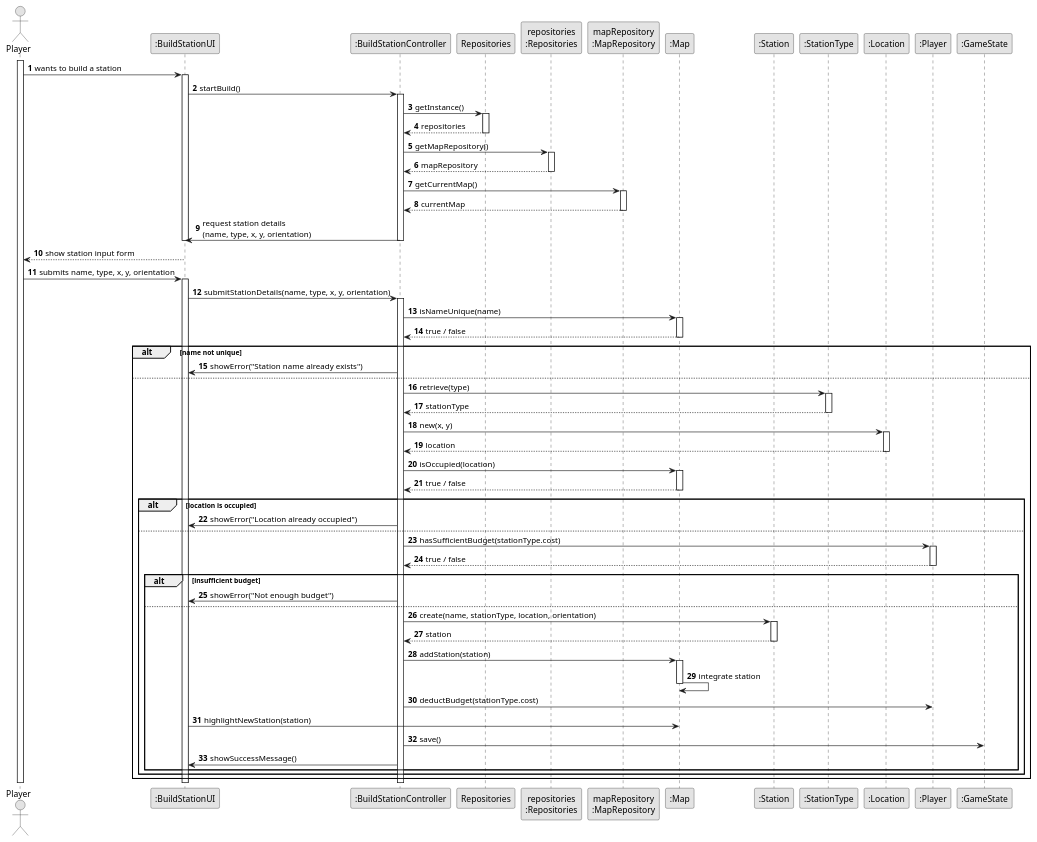
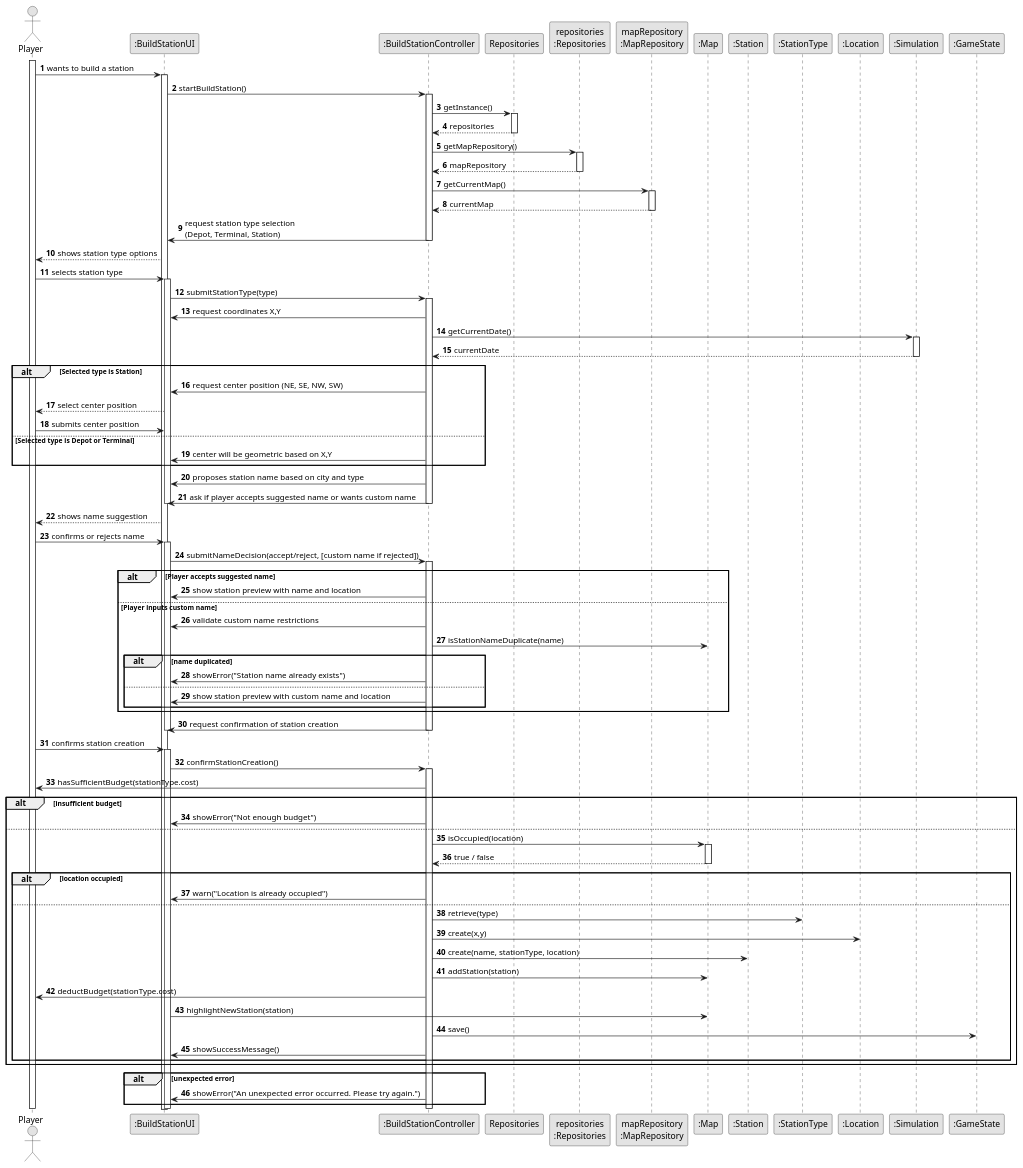
The diagram in docs/system-documentation/US005/03.design/puml/US005-SD-full.puml (1240826/empire-on-tracks), drawn with PlantUML before and after one commit.

```diff
--- a/docs/system-documentation/US005/03.design/puml/US005-SD-full.puml
+++ b/docs/system-documentation/US005/03.design/puml/US005-SD-full.puml
@@ -1,113 +1,138 @@
 @startuml
 skinparam monochrome true
 skinparam packageStyle rectangle
 skinparam shadowing false
 
 autonumber
 
 actor "Player" as Player
 participant ":BuildStationUI" as UI
 participant ":BuildStationController" as Controller
 participant "Repositories" as REPOS
 participant "repositories\n:Repositories" as REPOS_SINGLETON
 participant "mapRepository\n:MapRepository" as MAP_REPO
 participant ":Map" as Map
 participant ":Station" as Station
 participant ":StationType" as StationType
 participant ":Location" as Location
-participant ":Player" as PlayerObj
+participant ":Simulation" as Simulation
 participant ":GameState" as GameState
 
 activate Player
 
 Player -> UI : wants to build a station
 activate UI
 
-    UI -> Controller : startBuild()
+    UI -> Controller : startBuildStation()
     activate Controller
 
         Controller -> REPOS : getInstance()
         activate REPOS
             REPOS --> Controller : repositories
         deactivate REPOS
 
         Controller -> REPOS_SINGLETON : getMapRepository()
         activate REPOS_SINGLETON
             REPOS_SINGLETON --> Controller : mapRepository
         deactivate REPOS_SINGLETON
 
         Controller -> MAP_REPO : getCurrentMap()
         activate MAP_REPO
             MAP_REPO --> Controller : currentMap
         deactivate MAP_REPO
 
-        Controller -> UI : request station details\n(name, type, x, y, orientation)
+        Controller -> UI : request station type selection\n(Depot, Terminal, Station)
+    deactivate Controller
+
+UI --> Player : shows station type options
+Player -> UI : selects station type
+activate UI
+
+    UI -> Controller : submitStationType(type)
+    activate Controller
+
+        Controller -> UI : request coordinates X,Y
+
+        Controller -> Simulation : getCurrentDate()
+        activate Simulation
+            Simulation --> Controller : currentDate
+        deactivate Simulation
+
+        alt Selected type is Station
+            Controller -> UI : request center position (NE, SE, NW, SW)
+            UI --> Player : select center position
+            Player -> UI : submits center position
+        else Selected type is Depot or Terminal
+            Controller -> UI : center will be geometric based on X,Y
+        end
+
+        Controller -> UI : proposes station name based on city and type
+        Controller -> UI : ask if player accepts suggested name or wants custom name
     deactivate Controller
 deactivate UI
 
-UI --> Player : show station input form
-Player -> UI : submits name, type, x, y, orientation
+UI --> Player : shows name suggestion
+Player -> UI : confirms or rejects name
 activate UI
 
-    UI -> Controller : submitStationDetails(name, type, x, y, orientation)
+    UI -> Controller : submitNameDecision(accept/reject, [custom name if rejected])
     activate Controller
 
-        Controller -> Map : isNameUnique(name)
-        activate Map
-            Map --> Controller : true / false
-        deactivate Map
+        alt Player accepts suggested name
+            Controller -> UI : show station preview with name and location
+        else Player inputs custom name
+            Controller -> UI : validate custom name restrictions
+            Controller -> Map : isStationNameDuplicate(name)
+            alt name duplicated
+                Controller -> UI : showError("Station name already exists")
+            else
+                Controller -> UI : show station preview with custom name and location
+            end
+        end
 
-        alt name not unique
-            Controller -> UI : showError("Station name already exists")
+        Controller -> UI : request confirmation of station creation
+    deactivate Controller
+deactivate UI
+
+Player -> UI : confirms station creation
+activate UI
+
+    UI -> Controller : confirmStationCreation()
+    activate Controller
+
+        Controller -> Player : hasSufficientBudget(stationType.cost)
+        alt insufficient budget
+            Controller -> UI : showError("Not enough budget")
         else
-            Controller -> StationType : retrieve(type)
-            activate StationType
-                StationType --> Controller : stationType
-            deactivate StationType
-
-            Controller -> Location : new(x, y)
-            activate Location
-                Location --> Controller : location
-            deactivate Location
-
             Controller -> Map : isOccupied(location)
             activate Map
                 Map --> Controller : true / false
             deactivate Map
 
-            alt location is occupied
-                Controller -> UI : showError("Location already occupied")
+            alt location occupied
+                Controller -> UI : warn("Location is already occupied")
             else
-                Controller -> PlayerObj : hasSufficientBudget(stationType.cost)
-                activate PlayerObj
-                    PlayerObj --> Controller : true / false
-                deactivate PlayerObj
+                Controller -> StationType : retrieve(type)
+                Controller -> Location : create(x,y)
+                Controller -> Station : create(name, stationType, location)
 
-                alt insufficient budget
-                    Controller -> UI : showError("Not enough budget")
-                else
-                    Controller -> Station : create(name, stationType, location, orientation)
-                    activate Station
-                        Station --> Controller : station
-                    deactivate Station
+                Controller -> Map : addStation(station)
+                Controller -> Player : deductBudget(stationType.cost)
 
-                    Controller -> Map : addStation(station)
-                    activate Map
-                        Map -> Map : integrate station
-                    deactivate Map
+                UI -> Map : highlightNewStation(station)
 
-                    Controller -> PlayerObj : deductBudget(stationType.cost)
+                Controller -> GameState : save()
 
-                    UI -> Map : highlightNewStation(station)
-
-                    Controller -> GameState : save()
-
-                    Controller -> UI : showSuccessMessage()
-                end
+                Controller -> UI : showSuccessMessage()
             end
         end
+
+        alt unexpected error
+            Controller -> UI : showError("An unexpected error occurred. Please try again.")
+        end
+
     deactivate Controller
 deactivate UI
 
 deactivate Player
 @enduml
```
